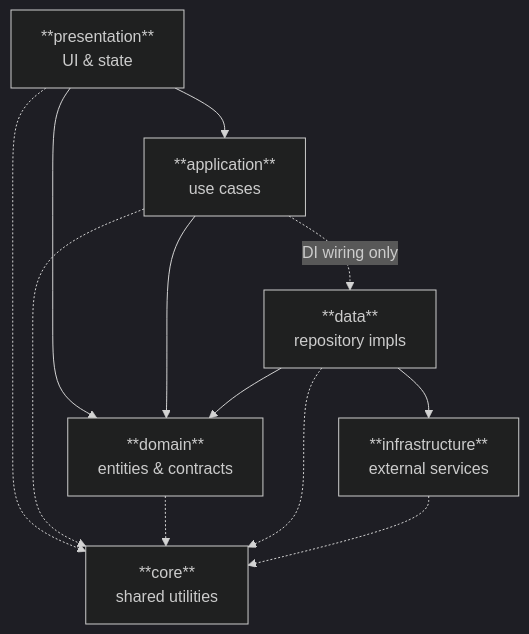
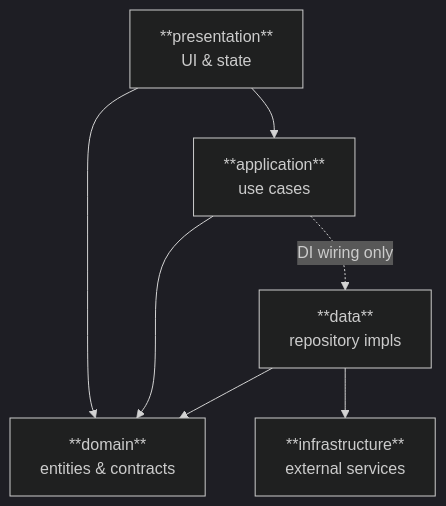
One commit to thomasfranke/flutter-clean-arch-riverpod changed the diagram in README.md. Above: the diagram before and after it, drawn with Mermaid (dark theme). The commit also changed other lines of this file and 11 other files, not shown here.

````diff
--- a/README.md
+++ b/README.md
@@ -63,22 +75,15 @@
 ```mermaid
 flowchart TB
     presentation["**presentation**\nUI & state"]
     application["**application**\nuse cases"]
     domain["**domain**\nentities & contracts"]
     data["**data**\nrepository impls"]
     infrastructure["**infrastructure**\nexternal services"]
 
     presentation --> application
     presentation --> domain
     application --> domain
     data --> domain
     data --> infrastructure
     application -.->|DI wiring only| data
-
-    core["**core**\nshared utilities"]
-    presentation -.-> core
-    application -.-> core
-    domain -.-> core
-    data -.-> core
-    infrastructure -.-> core
 ```
````
